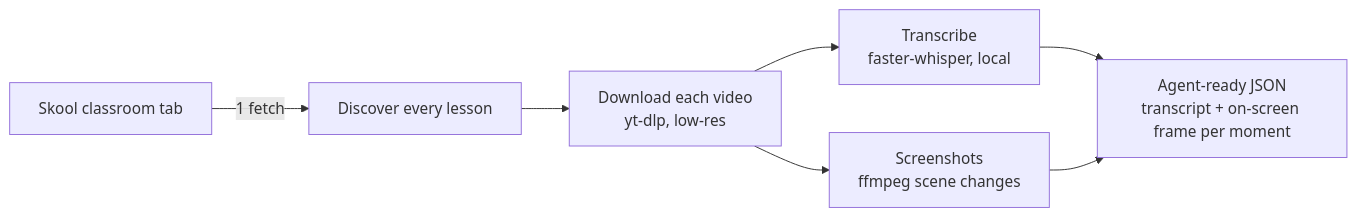
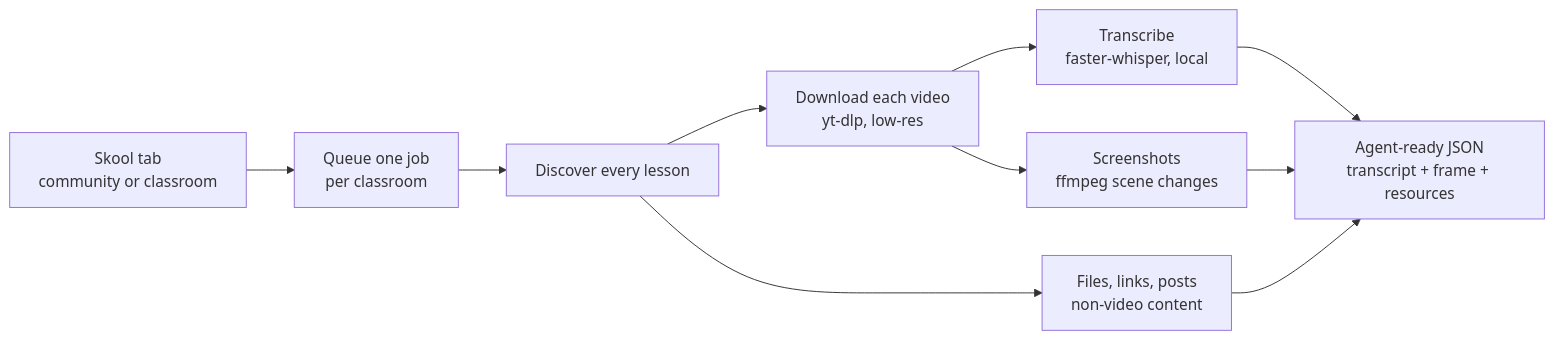
The diagram in README.md (grandheman/skoolVidScraper), drawn with Mermaid before and after one commit. The commit also changed other lines of this file, not shown here.

First line of the commit message:
README: document community scraping, resources, queue, and side panel

````diff
--- a/README.md
+++ b/README.md
@@ -48,9 +50,12 @@
 ```mermaid
 flowchart LR
-    A[Skool classroom tab] -->|1 fetch| B[Discover every lesson]
+    A[Skool tab<br/>community or classroom] --> Q[Queue one job<br/>per classroom]
+    Q --> B[Discover every lesson]
     B --> C[Download each video<br/>yt-dlp, low-res]
+    B --> G[Files, links, posts<br/>non-video content]
     C --> D[Transcribe<br/>faster-whisper, local]
     C --> E[Screenshots<br/>ffmpeg scene changes]
-    D --> F[Agent-ready JSON<br/>transcript + on-screen frame per moment]
+    D --> F[Agent-ready JSON<br/>transcript + frame + resources]
     E --> F
+    G --> F
 ```
````
